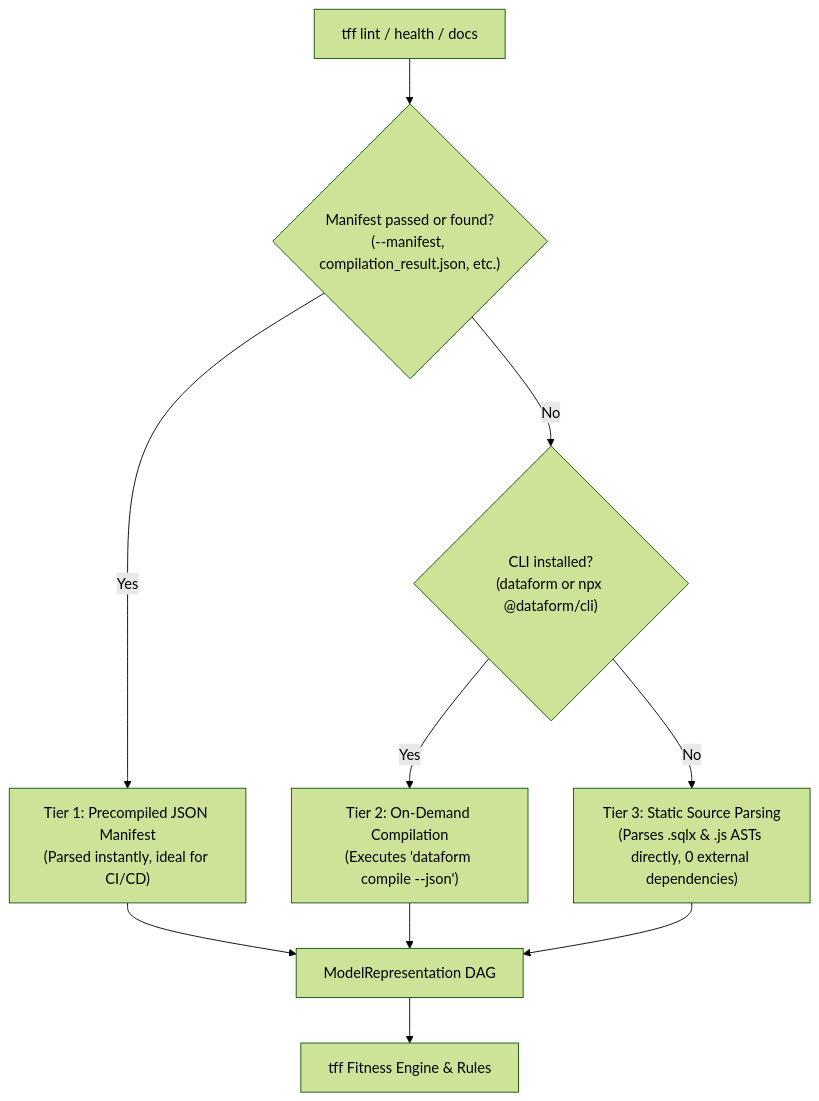
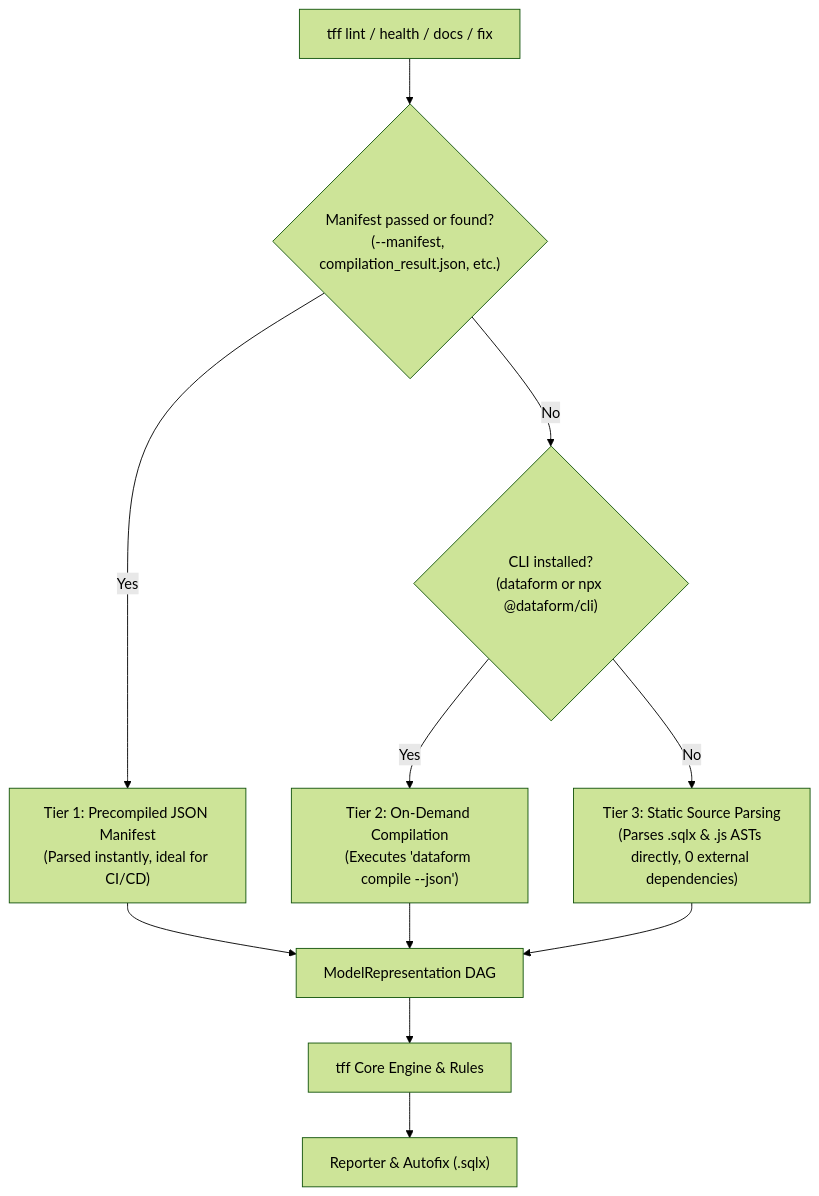
The diagram in docs/dataform.md (actions-marketplace-validations/tjirab_tff), drawn with Mermaid (forest theme) before and after one commit. The commit also changed 3 other files, not shown here.

Commit message:
fix(docs): enable Mermaid diagram rendering and update architecture guide (#235)

````diff
--- a/docs/dataform.md
+++ b/docs/dataform.md
@@ -36,13 +36,14 @@
 ```mermaid
 flowchart TD
-    Start["tff lint / health / docs"] --> CheckManifest{"Manifest passed or found?<br/>(--manifest, compilation_result.json, etc.)"}
+    Start["tff lint / health / docs / fix"] --> CheckManifest{"Manifest passed or found?<br/>(--manifest, compilation_result.json, etc.)"}
     CheckManifest -- Yes --> Tier1["Tier 1: Precompiled JSON Manifest<br/>(Parsed instantly, ideal for CI/CD)"]
     CheckManifest -- No --> CheckCLI{"CLI installed?<br/>(dataform or npx @dataform/cli)"}
     CheckCLI -- Yes --> Tier2["Tier 2: On-Demand Compilation<br/>(Executes 'dataform compile --json')"]
     CheckCLI -- No --> Tier3["Tier 3: Static Source Parsing<br/>(Parses .sqlx & .js ASTs directly, 0 external dependencies)"]
 
     Tier1 --> ModelRep["ModelRepresentation DAG"]
     Tier2 --> ModelRep
     Tier3 --> ModelRep
-    ModelRep --> Engine["tff Fitness Engine & Rules"]
+    ModelRep --> Engine["tff Core Engine & Rules"]
+    Engine --> Output["Reporter & Autofix (.sqlx)"]
 ```
````
